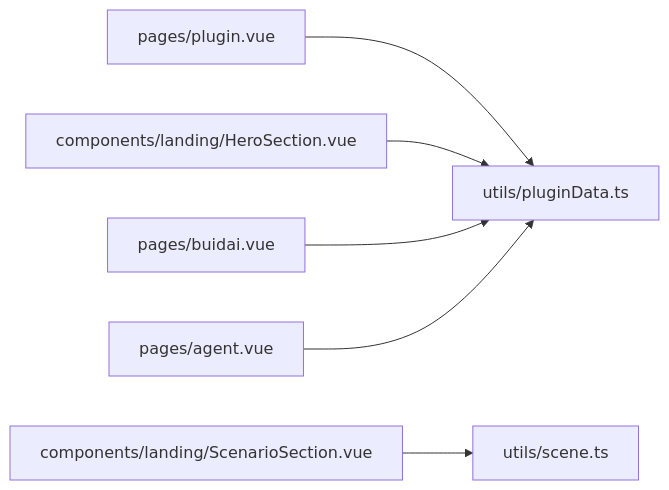
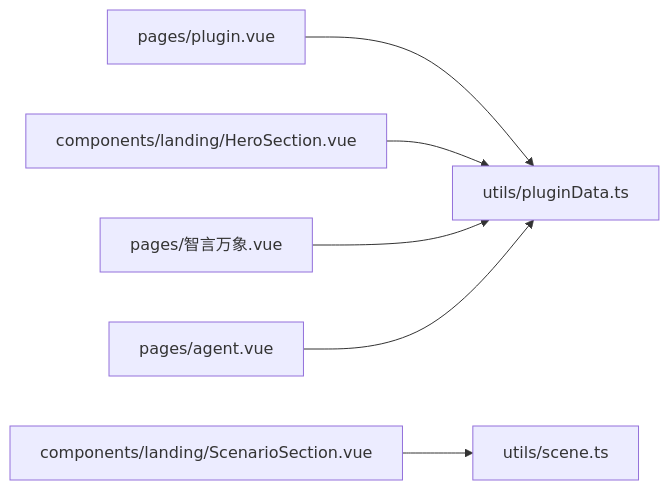
One commit to lllyyysss77/buidai changed the seventh of 7 diagrams in .qoder/repowiki/zh/content/核心功能/应用市场与插件系统/用户端插件使用体验.md. Above: the diagram before and after it, drawn with Mermaid. The commit also changed other lines of this file and 163 other files, not shown here.

````diff
--- a/.qoder/repowiki/zh/content/核心功能/应用市场与插件系统/用户端插件使用体验.md
+++ b/.qoder/repowiki/zh/content/核心功能/应用市场与插件系统/用户端插件使用体验.md
@@ -289,8 +289,8 @@
 ```mermaid
 graph LR
 P["pages/plugin.vue"] --> D["utils/pluginData.ts"]
 H["components/landing/HeroSection.vue"] --> D
 S["components/landing/ScenarioSection.vue"] --> SC["utils/scene.ts"]
-B["pages/buidai.vue"] --> D
+B["pages/智言万象.vue"] --> D
 A["pages/agent.vue"] --> D
 ```
````
